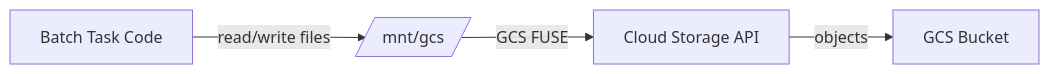
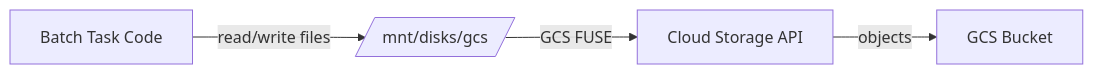
One commit to OneUptime/blog changed the diagram in posts/2026-02-17-how-to-mount-cloud-storage-buckets-as-file-systems-in-google-cloud-batch-jobs/README.md. Above: the diagram before and after it, drawn with Mermaid. The commit also changed other lines of this file and 2 other files, not shown here.

Commit message:
validate: 2026-02-17-how-to-mount-cloud-storage-buckets-as-file-systems-in-google-cloud-batch-jobs

````diff
--- a/posts/2026-02-17-how-to-mount-cloud-storage-buckets-as-file-systems-in-google-cloud-batch-jobs/README.md
+++ b/posts/2026-02-17-how-to-mount-cloud-storage-buckets-as-file-systems-in-google-cloud-batch-jobs/README.md
@@ -19,6 +19,6 @@
 ```mermaid
 graph LR
-    A[Batch Task Code] -->|read/write files| B[/mnt/gcs/]
+    A[Batch Task Code] -->|read/write files| B[/mnt/disks/gcs/]
     B -->|GCS FUSE| C[Cloud Storage API]
     C -->|objects| D[GCS Bucket]
 ```
````
